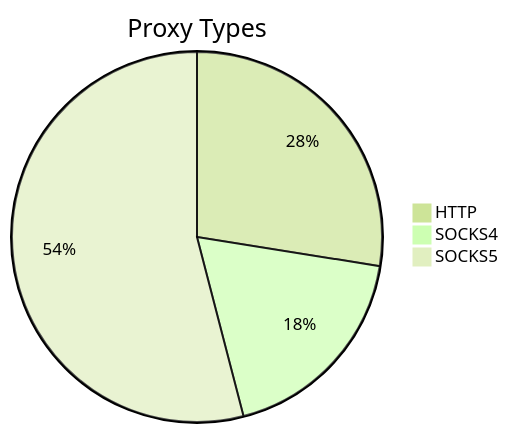
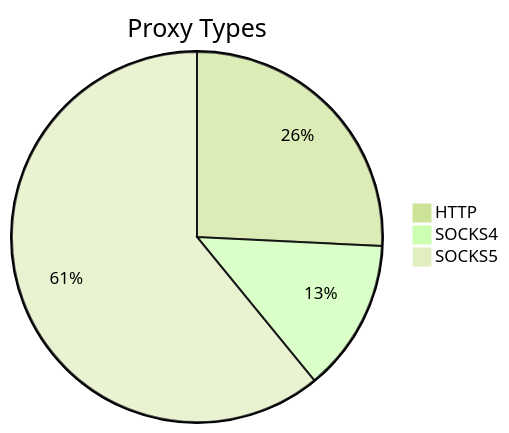
One commit to stormsia/proxy-list changed the first of 2 diagrams in README.md. Above: the diagram before and after it, drawn with Mermaid (forest theme). The commit also changed other lines of this file, not shown here.

````diff
--- a/README.md
+++ b/README.md
@@ -21,6 +21,6 @@
 ```mermaid
 pie title Proxy Types
-    "HTTP" : 194
-    "SOCKS4" : 130
-    "SOCKS5" : 381
+    "HTTP" : 124
+    "SOCKS4" : 64
+    "SOCKS5" : 293
 ```
````
